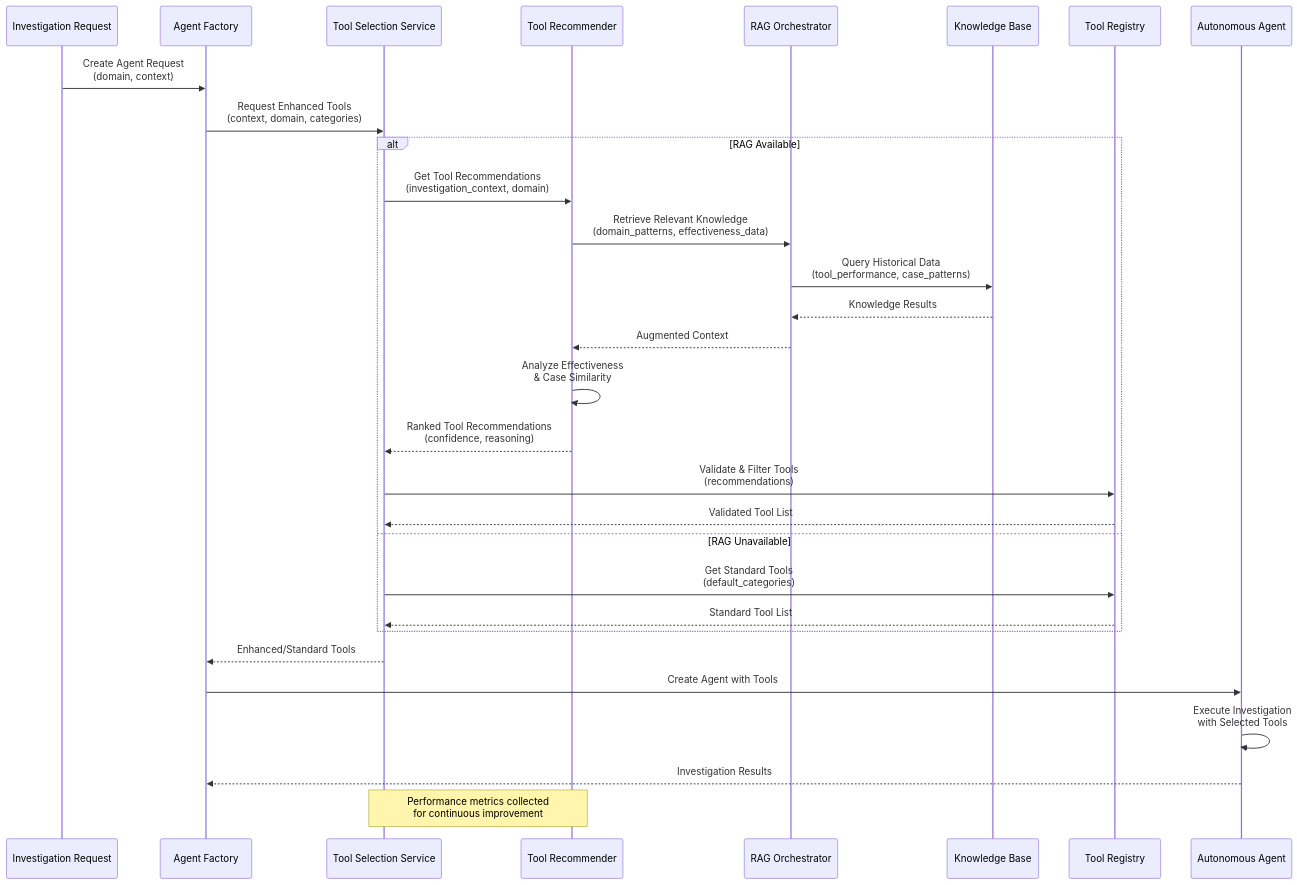
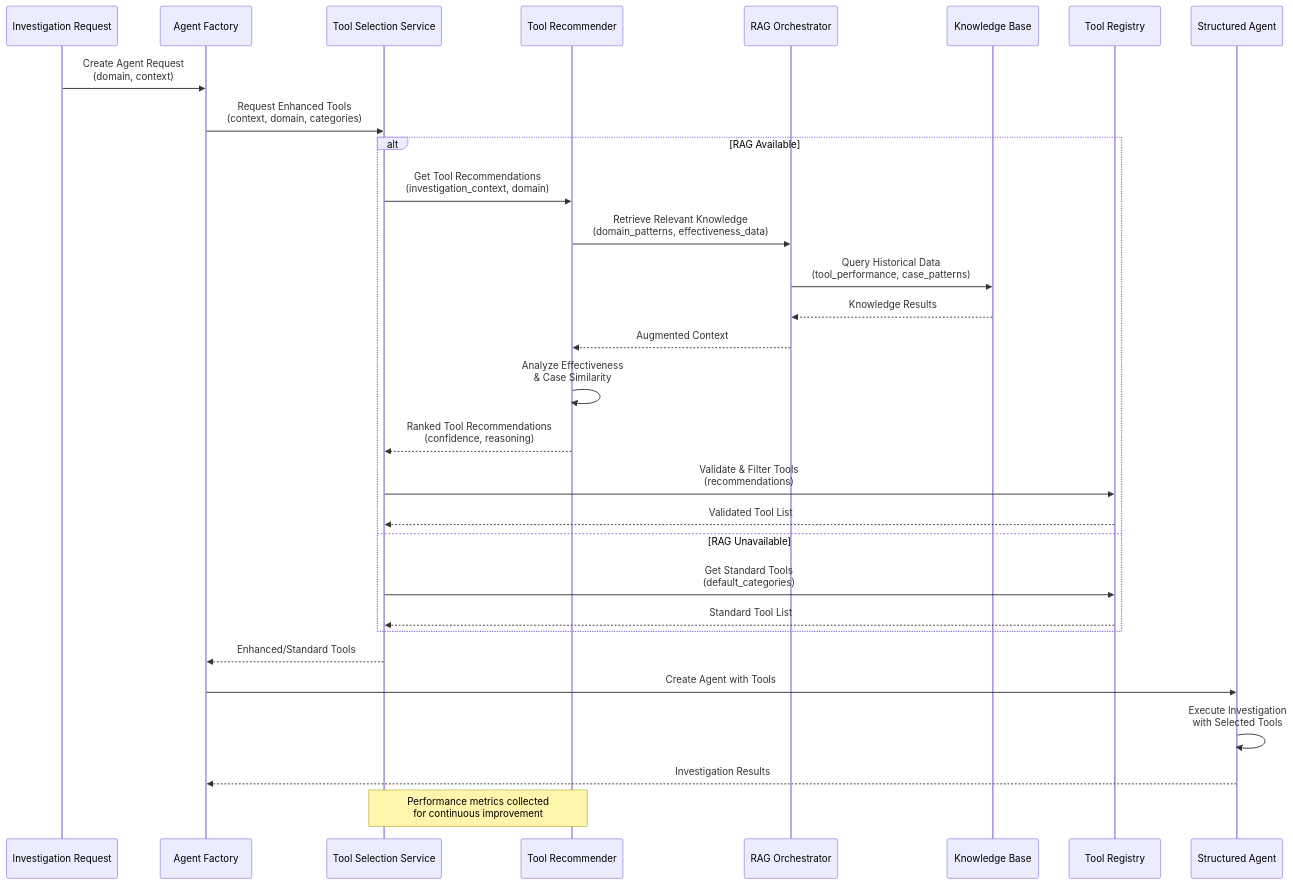
The second of 6 diagrams in docs/diagrams/rag-enhanced-tool-selection-architecture-2025-01-04.md (Olorin-ai-git/Bayit-Plus), drawn with Mermaid before and after one commit. The commit also changed other lines of this file and 703 other files, not shown here.

````diff
--- a/docs/diagrams/rag-enhanced-tool-selection-architecture-2025-01-04.md
+++ b/docs/diagrams/rag-enhanced-tool-selection-architecture-2025-01-04.md
@@ -62,36 +62,36 @@
 ```mermaid
 sequenceDiagram
     participant IR as Investigation Request
     participant AF as Agent Factory
     participant TS as Tool Selection Service
     participant TR as Tool Recommender
     participant RO as RAG Orchestrator
     participant KB as Knowledge Base
     participant TReg as Tool Registry
-    participant Agent as Autonomous Agent
+    participant Agent as Structured Agent
 
     IR->>AF: Create Agent Request<br/>(domain, context)
     AF->>TS: Request Enhanced Tools<br/>(context, domain, categories)
     
     alt RAG Available
         TS->>TR: Get Tool Recommendations<br/>(investigation_context, domain)
         TR->>RO: Retrieve Relevant Knowledge<br/>(domain_patterns, effectiveness_data)
         RO->>KB: Query Historical Data<br/>(tool_performance, case_patterns)
         KB-->>RO: Knowledge Results
         RO-->>TR: Augmented Context
         TR->>TR: Analyze Effectiveness<br/>& Case Similarity
         TR-->>TS: Ranked Tool Recommendations<br/>(confidence, reasoning)
         TS->>TReg: Validate & Filter Tools<br/>(recommendations)
         TReg-->>TS: Validated Tool List
     else RAG Unavailable
         TS->>TReg: Get Standard Tools<br/>(default_categories)
         TReg-->>TS: Standard Tool List
     end
     
     TS-->>AF: Enhanced/Standard Tools
     AF->>Agent: Create Agent with Tools
     Agent->>Agent: Execute Investigation<br/>with Selected Tools
     Agent-->>AF: Investigation Results
     
     Note over TS,TR: Performance metrics collected<br/>for continuous improvement
 ```
````
